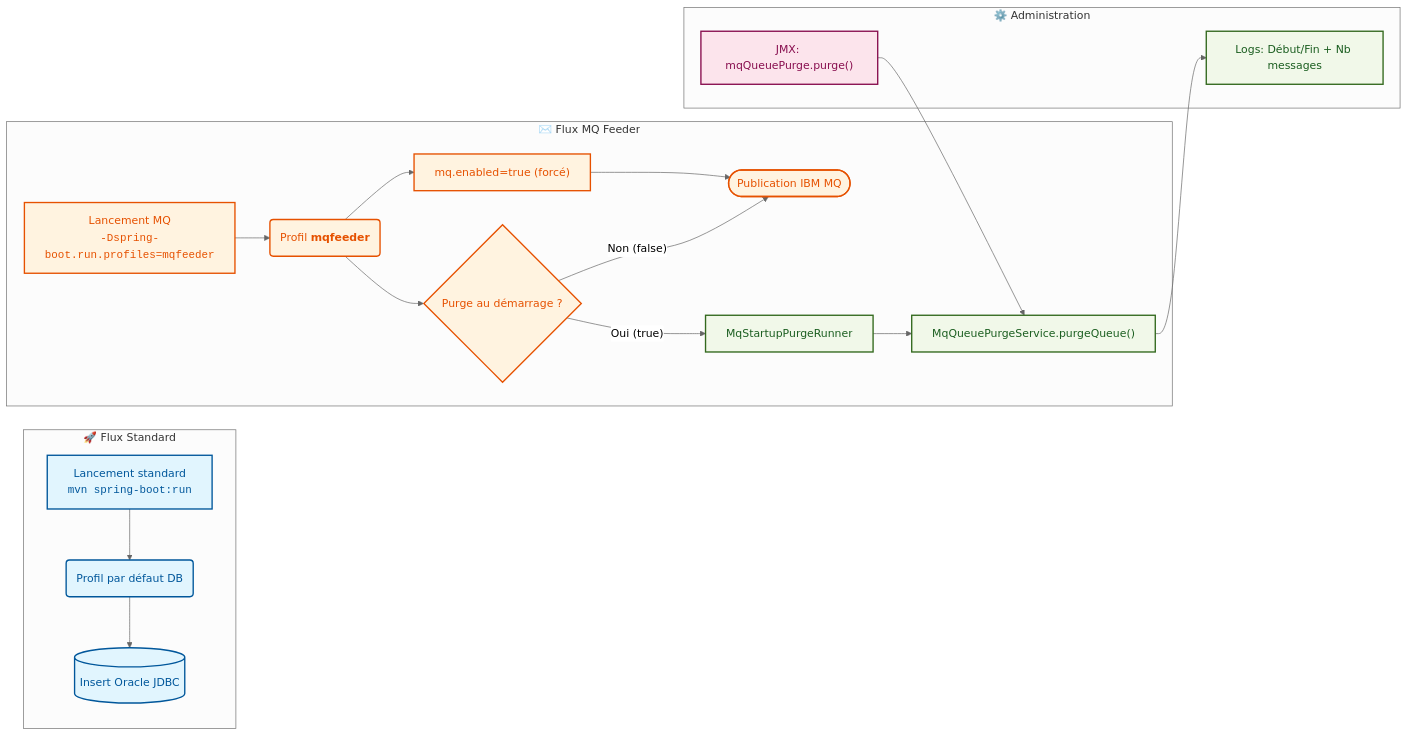
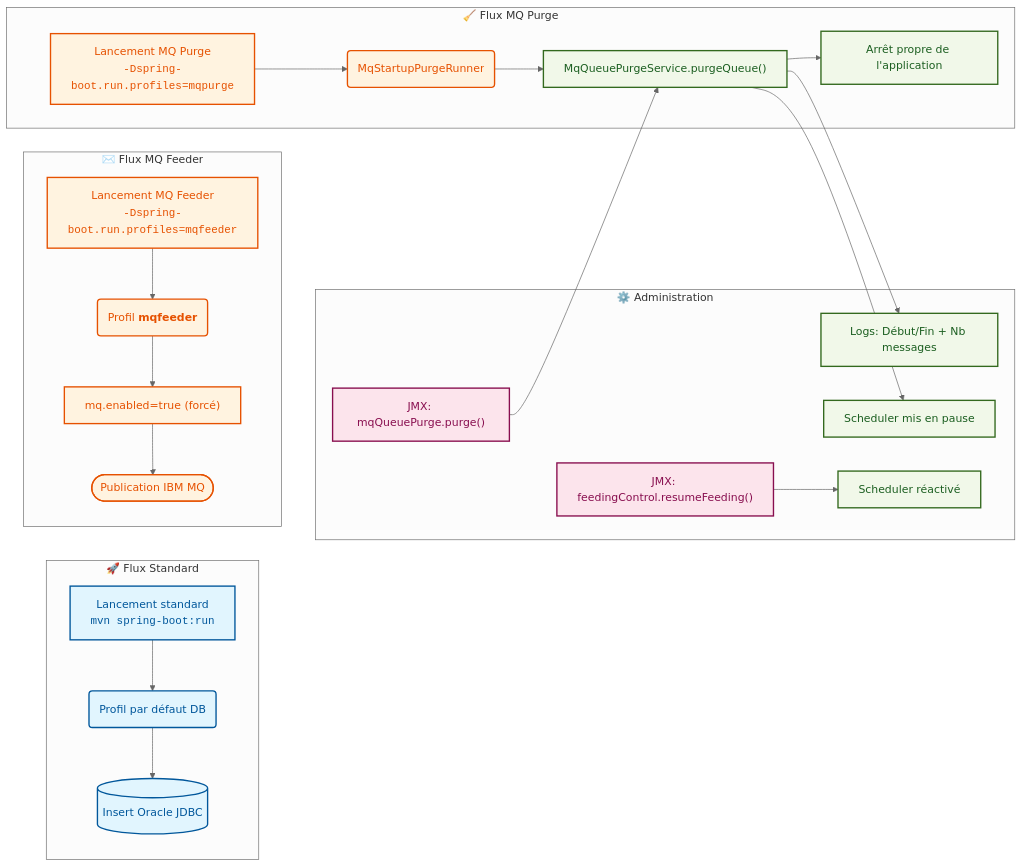
The second of 3 diagrams in README.md (aissachebbi/EF_Alim), drawn with Mermaid (neutral theme) before and after one commit. The commit also changed other lines of this file and 14 other files, not shown here.

Commit message:
Split MQ purge into mqpurge profile and add feeding resume control

````diff
--- a/README.md
+++ b/README.md
@@ -53,35 +53,38 @@
 ```mermaid
 flowchart LR
 %% Définition des styles
   classDef standard fill:#e1f5fe,stroke:#01579b,stroke-width:2px,color:#01579b;
   classDef mq fill:#fff3e0,stroke:#e65100,stroke-width:2px,color:#e65100;
   classDef action fill:#f1f8e9,stroke:#33691e,stroke-width:2px,color:#1b5e20;
   classDef jmx fill:#fce4ec,stroke:#880e4f,stroke-width:2px,color:#880e4f;
 
   subgraph Standard ["🚀 Flux Standard"]
     A["Lancement standard<br/><code>mvn spring-boot:run</code>"] --> B("Profil par défaut DB")
     B --> C[("Insert Oracle JDBC")]
   end
 
   subgraph MQ_Process ["✉️ Flux MQ Feeder"]
-    D["Lancement MQ<br/><code>-Dspring-boot.run.profiles=mqfeeder</code>"] --> E("Profil <b>mqfeeder</b>")
+    D["Lancement MQ Feeder<br/><code>-Dspring-boot.run.profiles=mqfeeder</code>"] --> E("Profil <b>mqfeeder</b>")
     E --> F["mq.enabled=true (forcé)"]
     F --> G(["Publication IBM MQ"])
+  end
 
-    E --> H{"Purge au démarrage ?"}
-    H -- "Oui (true)" --> I["MqStartupPurgeRunner"]
-    I --> J["MqQueuePurgeService.purgeQueue()"]
-    H -- "Non (false)" --> G
+  subgraph MQ_Purge ["🧹 Flux MQ Purge"]
+    P1["Lancement MQ Purge<br/><code>-Dspring-boot.run.profiles=mqpurge</code>"] --> P2("MqStartupPurgeRunner")
+    P2 --> J["MqQueuePurgeService.purgeQueue()"]
+    J --> P3["Arrêt propre de l'application"]
   end
 
   subgraph Admin ["⚙️ Administration"]
     K["JMX: mqQueuePurge.purge()"] --> J
     J --> L["Logs: Début/Fin + Nb messages"]
+    J --> P4["Scheduler mis en pause"]
+    P5["JMX: feedingControl.resumeFeeding()"] --> P6["Scheduler réactivé"]
   end
 
 %% Application des classes
   class A,B,C standard;
-  class D,E,F,G,H mq;
-  class I,J,L action;
-  class K jmx;
+  class D,E,F,G,P1,P2 mq;
+  class J,L,P3,P4,P6 action;
+  class K,P5 jmx;
 ```
````
